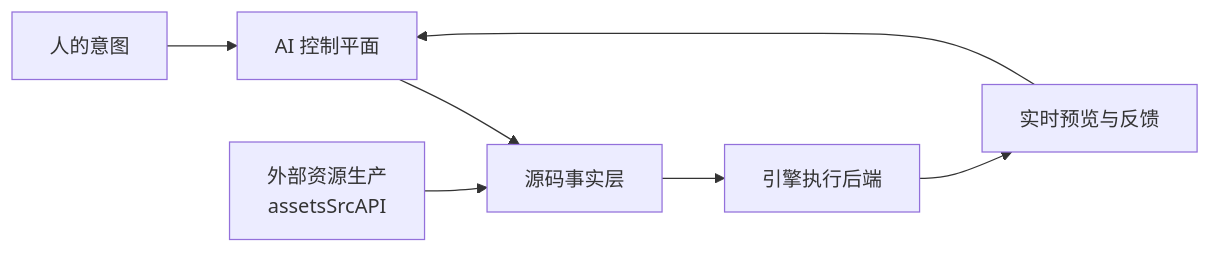
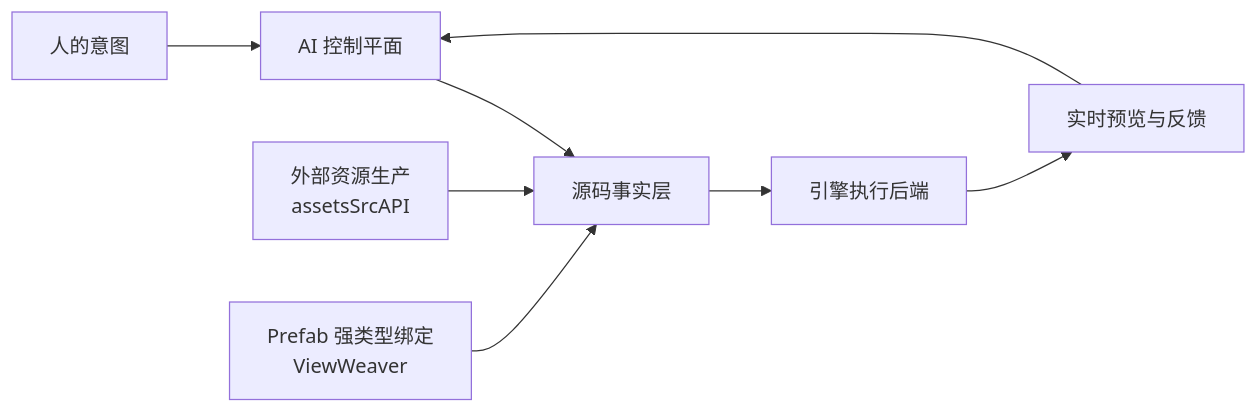
One commit to kurenai-studio/.github changed the diagram in profile/README.md. Above: the diagram before and after it, drawn with Mermaid. The commit also changed other lines of this file, not shown here.

Commit message:
Add ViewWeaver to the Kurenai Studio ecosystem.

````diff
--- a/profile/README.md
+++ b/profile/README.md
@@ -64,9 +68,10 @@
 ```mermaid
 flowchart LR
     H[人的意图] --> A[AI 控制平面]
     A --> S[源码事实层]
     S --> E[引擎执行后端]
     E --> P[实时预览与反馈]
     P --> A
     R[外部资源生产<br/>assetsSrcAPI] --> S
+    V[Prefab 强类型绑定<br/>ViewWeaver] --> S
 ```
````
